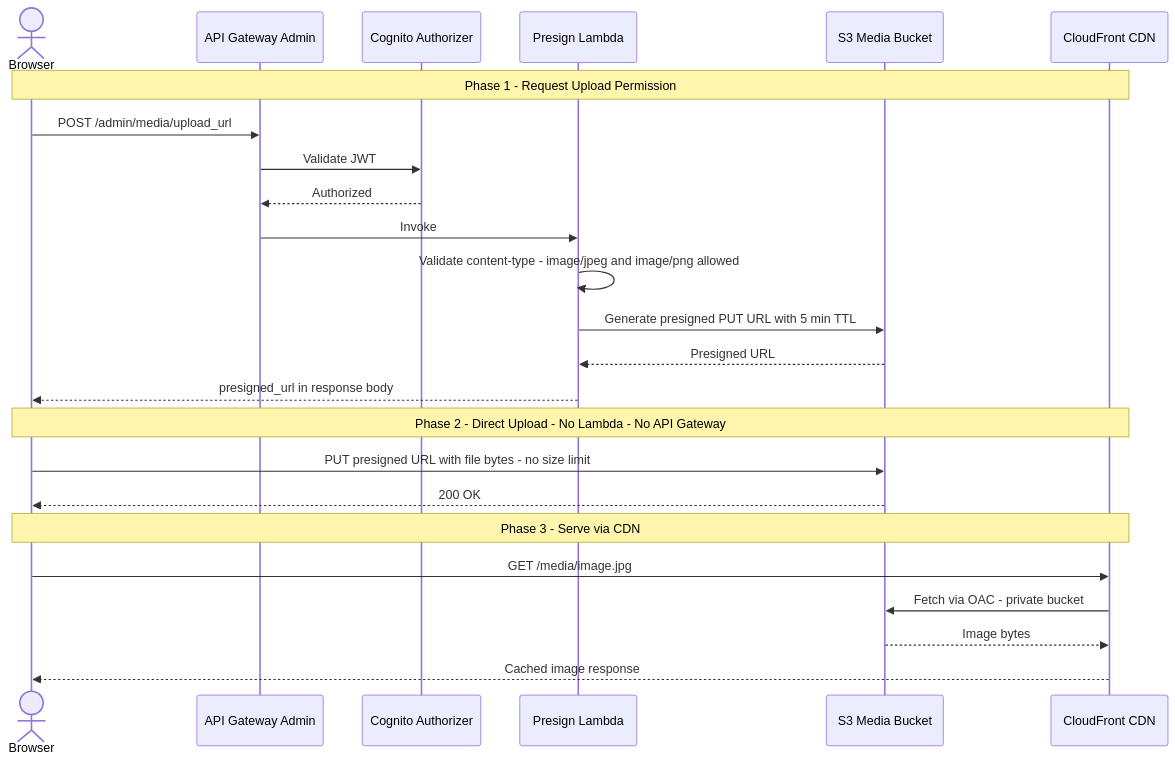
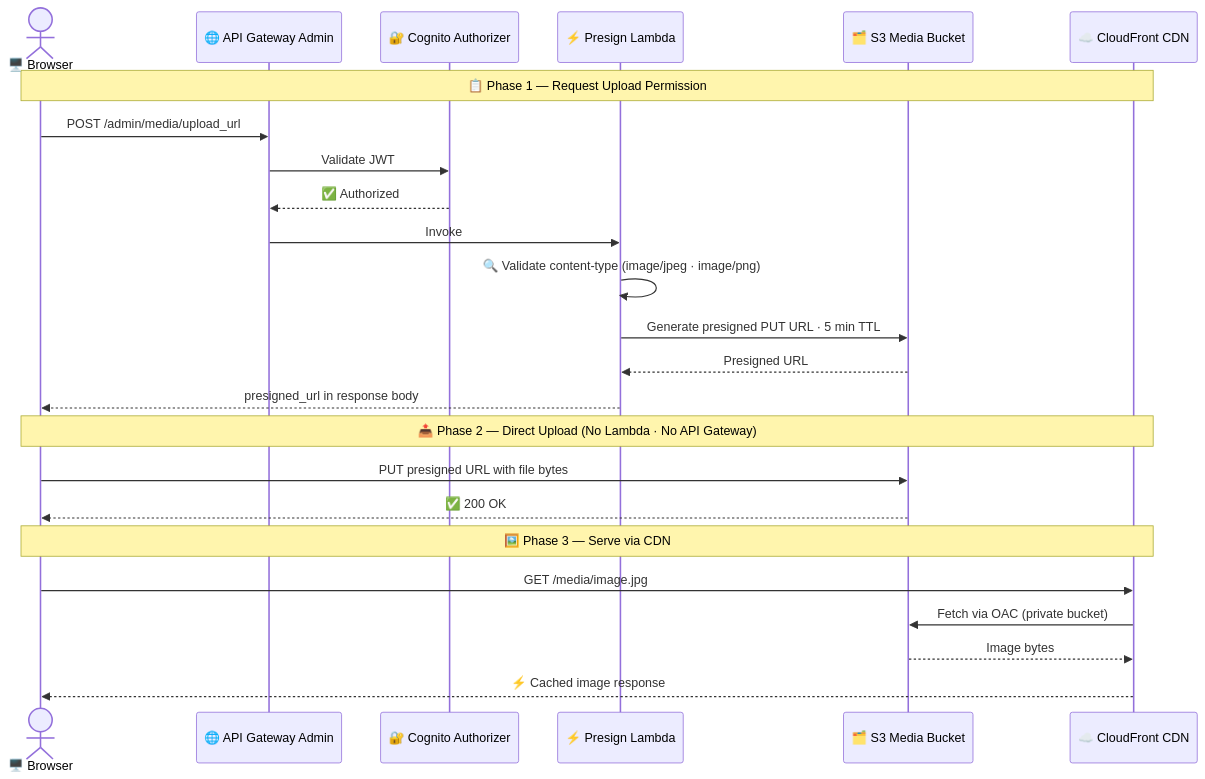
Before and after one commit to shaunniee/AWS_SERVERLESS_BLOG: the fourth of 7 diagrams in readme.md, drawn with Mermaid. The commit also changed other lines of this file, not shown here.

````diff
--- a/readme.md
+++ b/readme.md
@@ -287,29 +302,29 @@
 ```mermaid
 sequenceDiagram
-    actor Browser
-    participant APIGW as API Gateway Admin
-    participant Cognito as Cognito Authorizer
-    participant Lambda as Presign Lambda
-    participant S3 as S3 Media Bucket
-    participant CF as CloudFront CDN
+    actor Browser as 🖥️ Browser
+    participant APIGW as 🌐 API Gateway Admin
+    participant Cognito as 🔐 Cognito Authorizer
+    participant Lambda as ⚡ Presign Lambda
+    participant S3 as 🗂️ S3 Media Bucket
+    participant CF as ☁️ CloudFront CDN
 
-    Note over Browser,CF: Phase 1 - Request Upload Permission
+    Note over Browser,CF: 📋 Phase 1 — Request Upload Permission
     Browser->>APIGW: POST /admin/media/upload_url
     APIGW->>Cognito: Validate JWT
-    Cognito-->>APIGW: Authorized
+    Cognito-->>APIGW: ✅ Authorized
     APIGW->>Lambda: Invoke
-    Lambda->>Lambda: Validate content-type - image/jpeg and image/png allowed
-    Lambda->>S3: Generate presigned PUT URL with 5 min TTL
+    Lambda->>Lambda: 🔍 Validate content-type (image/jpeg · image/png)
+    Lambda->>S3: Generate presigned PUT URL · 5 min TTL
     S3-->>Lambda: Presigned URL
     Lambda-->>Browser: presigned_url in response body
 
-    Note over Browser,CF: Phase 2 - Direct Upload - No Lambda - No API Gateway
-    Browser->>S3: PUT presigned URL with file bytes - no size limit
-    S3-->>Browser: 200 OK
+    Note over Browser,CF: 📤 Phase 2 — Direct Upload (No Lambda · No API Gateway)
+    Browser->>S3: PUT presigned URL with file bytes
+    S3-->>Browser: ✅ 200 OK
 
-    Note over Browser,CF: Phase 3 - Serve via CDN
+    Note over Browser,CF: 🖼️ Phase 3 — Serve via CDN
     Browser->>CF: GET /media/image.jpg
-    CF->>S3: Fetch via OAC - private bucket
+    CF->>S3: Fetch via OAC (private bucket)
     S3-->>CF: Image bytes
-    CF-->>Browser: Cached image response
+    CF-->>Browser: ⚡ Cached image response
 ```
````
